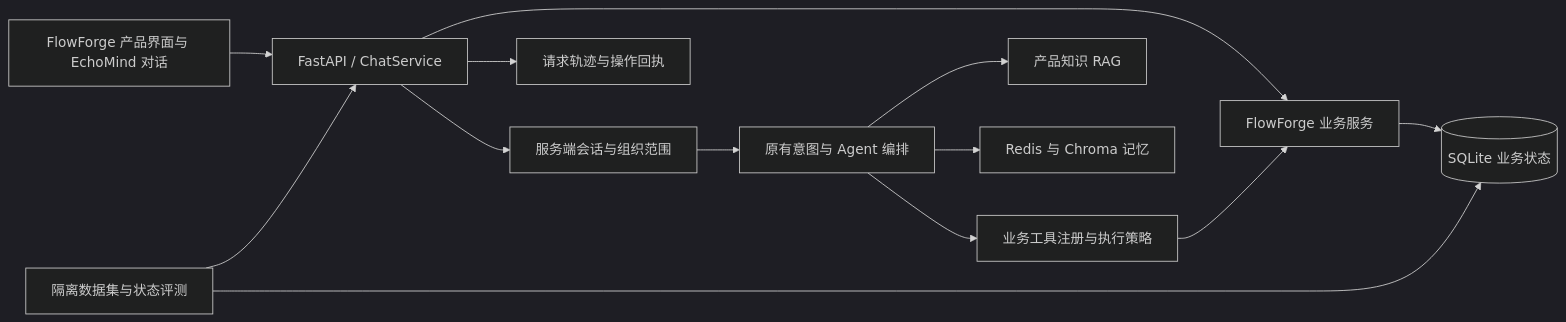
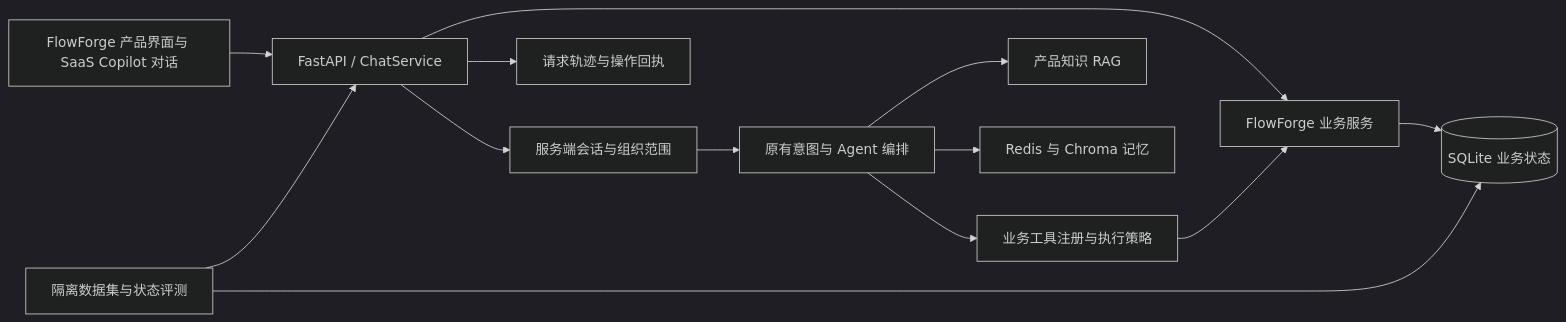
One commit to leeeeeee073188/SaaS-copilot changed the diagram in docs/b2b-saas-agent-plan-v2-2026-09-08.md. Above: the diagram before and after it, drawn with Mermaid (dark theme). The commit also changed other lines of this file and 42 other files, not shown here.

Commit message:
refactor: rename project to SaaS Copilot

````diff
--- a/docs/b2b-saas-agent-plan-v2-2026-09-08.md
+++ b/docs/b2b-saas-agent-plan-v2-2026-09-08.md
@@ -33,15 +33,15 @@
 ```mermaid
 flowchart LR
-    UI[FlowForge 产品界面与 EchoMind 对话] --> API[FastAPI / ChatService]
+    UI[FlowForge 产品界面与 SaaS Copilot 对话] --> API[FastAPI / ChatService]
     API --> ID[服务端会话与组织范围]
     ID --> ORCH[原有意图与 Agent 编排]
     ORCH --> REG[业务工具注册与执行策略]
     API --> DOMAIN[FlowForge 业务服务]
     REG --> DOMAIN
     DOMAIN --> DB[(SQLite 业务状态)]
     ORCH --> RAG[产品知识 RAG]
     ORCH --> MEM[Redis 与 Chroma 记忆]
     API --> TRACE[请求轨迹与操作回执]
     EVAL[隔离数据集与状态评测] --> API
     EVAL --> DB
 ```
````
